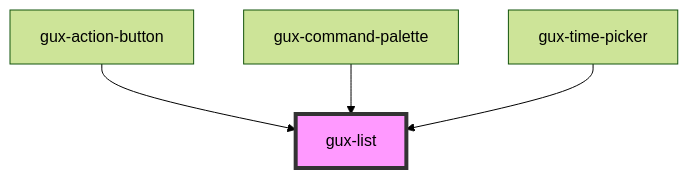
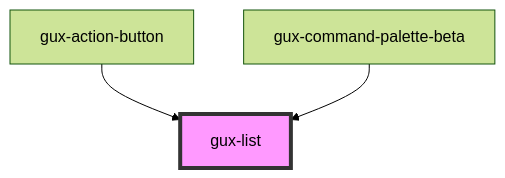
One commit to MyPureCloud/genesys-spark changed the diagram in src/components/stable/gux-list/readme.md. Above: the diagram before and after it, drawn with Mermaid (forest theme). The commit also changed other lines of this file and 93 other files, not shown here.

````diff
--- a/src/components/stable/gux-list/readme.md
+++ b/src/components/stable/gux-list/readme.md
@@ -80,7 +80,6 @@
 ```mermaid
 graph TD;
   gux-action-button --> gux-list
-  gux-command-palette --> gux-list
-  gux-time-picker --> gux-list
+  gux-command-palette-beta --> gux-list
   style gux-list fill:#f9f,stroke:#333,stroke-width:4px
 ```
````
